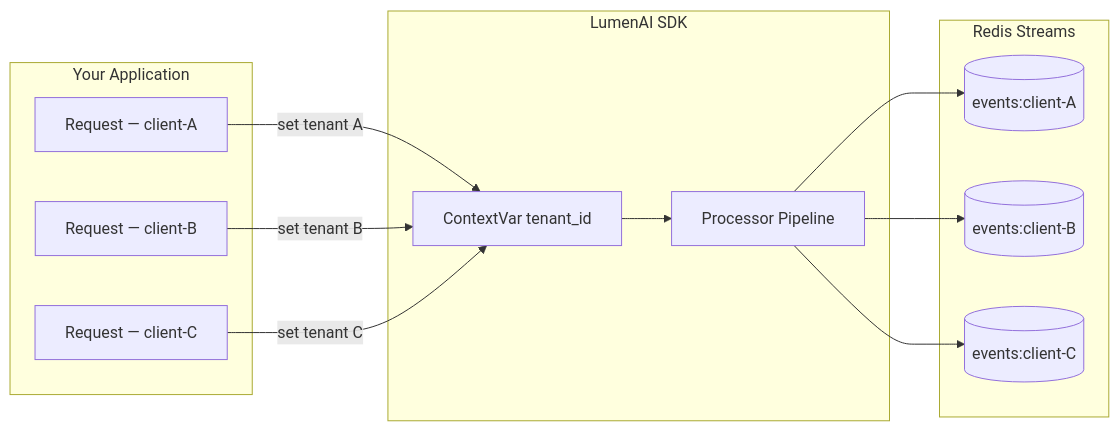
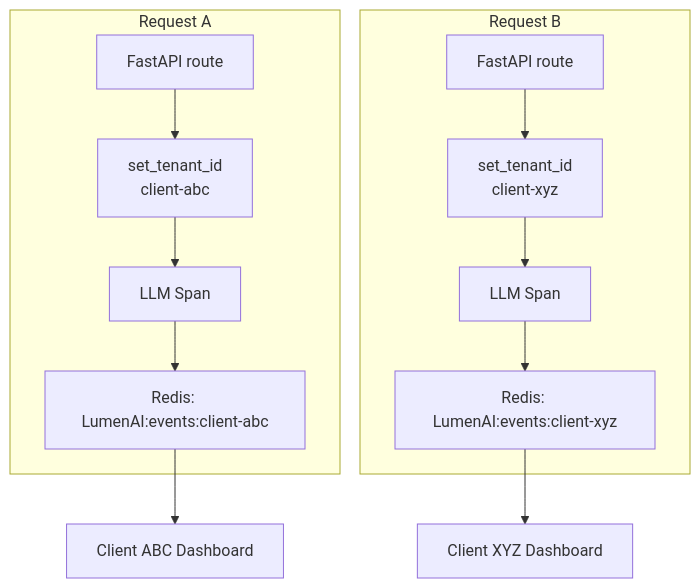
Before and after one commit to skarL007/-lumen-ai-sdk: the third of 4 diagrams in README.md, drawn with Mermaid. The commit also changed other lines of this file and 2 other files, not shown here.

````diff
--- a/README.md
+++ b/README.md
@@ -101,27 +146,19 @@
 ```mermaid
-graph LR
-    subgraph App["Your Application"]
-        R1["Request — client-A"]
-        R2["Request — client-B"]
-        R3["Request — client-C"]
+graph TD
+    subgraph "Request A"
+        A1["FastAPI route"] --> A2["set_tenant_id
+        client-abc"]
+        A2 --> A3["LLM Span"]
+        A3 --> A4["Redis: LumenAI:events:client-abc"]
     end
 
-    subgraph LumenAI["LumenAI SDK"]
-        CV["ContextVar tenant_id"]
-        PP["Processor Pipeline"]
+    subgraph "Request B"
+        B1["FastAPI route"] --> B2["set_tenant_id
+        client-xyz"]
+        B2 --> B3["LLM Span"]
+        B3 --> B4["Redis: LumenAI:events:client-xyz"]
     end
 
-    subgraph Streams["Redis Streams"]
-        S1[("events:client-A")]
-        S2[("events:client-B")]
-        S3[("events:client-C")]
-    end
-
-    R1 -->|"set tenant A"| CV
-    R2 -->|"set tenant B"| CV
-    R3 -->|"set tenant C"| CV
-    CV --> PP
-    PP --> S1
-    PP --> S2
-    PP --> S3
+    A4 --> A5["Client ABC Dashboard"]
+    B4 --> B5["Client XYZ Dashboard"]
 ```
````
